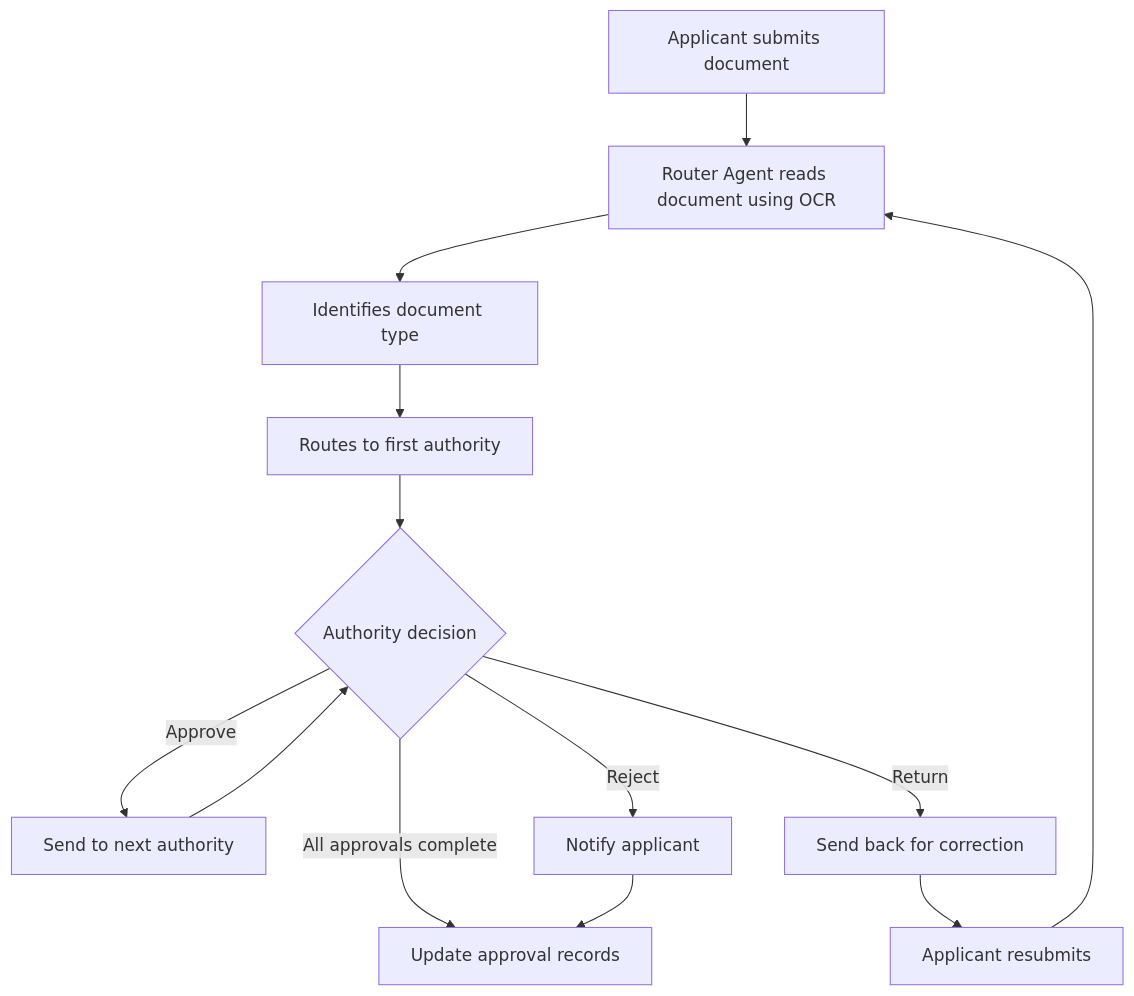
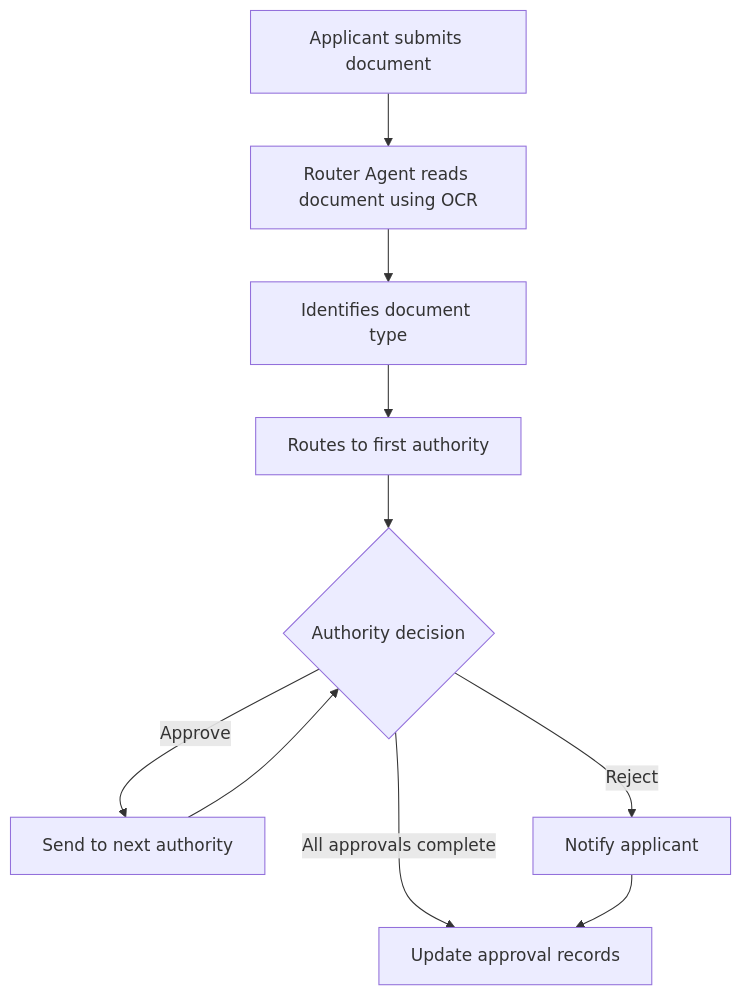
The diagram in README.md (aditi-srivastava1/routex-ai), drawn with Mermaid before and after one commit. The commit also changed other lines of this file, not shown here.

````diff
--- a/README.md
+++ b/README.md
@@ -27,15 +31,12 @@
 ```mermaid
 flowchart TD
     A[Applicant submits document] --> B[Router Agent reads document using OCR]
     B --> C[Identifies document type]
     C --> D[Routes to first authority]
     D --> E{Authority decision}
     E -->|Approve| F[Send to next authority]
     F --> E
     E -->|Reject| G[Notify applicant]
-    E -->|Return| H[Send back for correction]
     E -->|All approvals complete| I[Update approval records]
     G --> I
-    H --> J[Applicant resubmits]
-    J --> B
 ```
````
